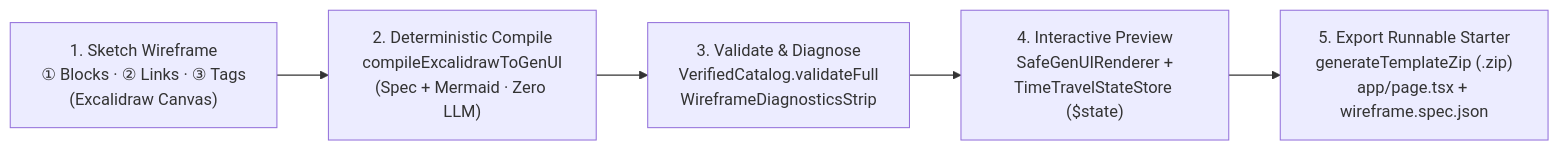
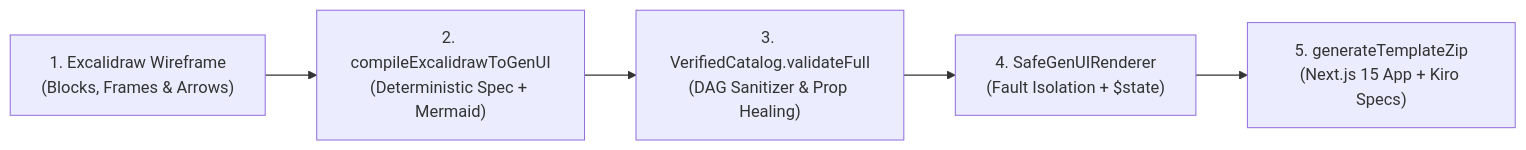
The diagram in README.md (NOBA235/GenUI-kit), drawn with Mermaid before and after one commit. The commit also changed other lines of this file and 158 other files, not shown here.

````diff
--- a/README.md
+++ b/README.md
@@ -27,7 +32,7 @@
 ```mermaid
 flowchart LR
-    Sketch["1. Sketch Wireframe\n① Blocks · ② Links · ③ Tags\n(Excalidraw Canvas)"] --> Compile["2. Deterministic Compile\ncompileExcalidrawToGenUI\n(Spec + Mermaid · Zero LLM)"]
-    Compile --> Validate["3. Validate & Diagnose\nVerifiedCatalog.validateFull\nWireframeDiagnosticsStrip"]
-    Validate --> Preview["4. Interactive Preview\nSafeGenUIRenderer +\nTimeTravelStateStore ($state)"]
-    Preview --> Export["5. Export Runnable Starter\ngenerateTemplateZip (.zip)\napp/page.tsx + wireframe.spec.json"]
+    Sketch["1. Excalidraw Wireframe\n(Blocks, Frames & Arrows)"] --> Compile["2. compileExcalidrawToGenUI\n(Deterministic Spec + Mermaid)"]
+    Compile --> Validate["3. VerifiedCatalog.validateFull\n(DAG Sanitizer & Prop Healing)"]
+    Validate --> Preview["4. SafeGenUIRenderer\n(Fault Isolation + $state)"]
+    Preview --> Export["5. generateTemplateZip\n(Next.js 15 App + Kiro Specs)"]
 ```
````
